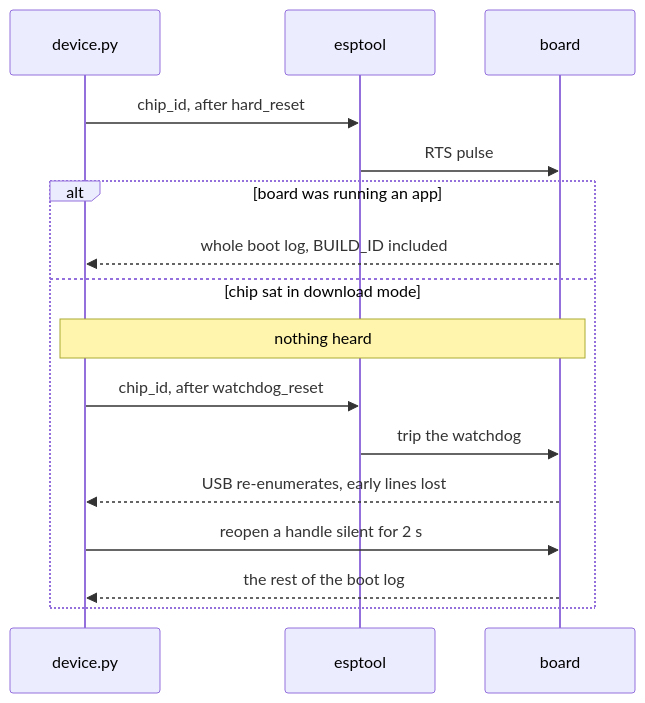
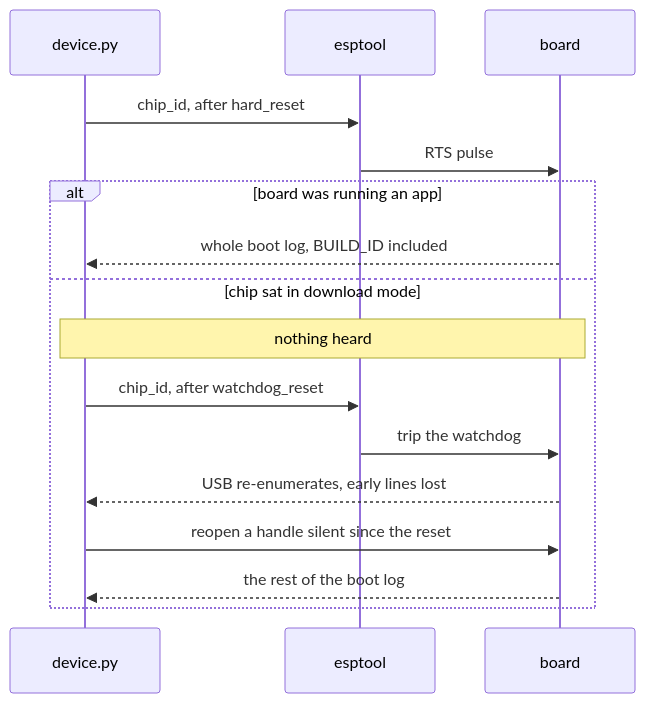
One commit to jose-villegas/autana changed the diagram in docs/notes/Flashing-and-Toolchain.md. Above: the diagram before and after it, drawn with Mermaid. The commit also changed other lines of this file and 6 other files, not shown here.

````diff
--- a/docs/notes/Flashing-and-Toolchain.md
+++ b/docs/notes/Flashing-and-Toolchain.md
@@ -70,18 +74,18 @@
 ```mermaid
 sequenceDiagram
     participant Dev as device.py
     participant Esp as esptool
     participant Board as board
     Dev->>Esp: chip_id, after hard_reset
     Esp->>Board: RTS pulse
     alt board was running an app
         Board-->>Dev: whole boot log, BUILD_ID included
     else chip sat in download mode
         Note over Dev,Board: nothing heard
         Dev->>Esp: chip_id, after watchdog_reset
         Esp->>Board: trip the watchdog
         Board-->>Dev: USB re-enumerates, early lines lost
-        Dev->>Board: reopen a handle silent for 2 s
+        Dev->>Board: reopen a handle silent since the reset
         Board-->>Dev: the rest of the boot log
     end
 ```
````
